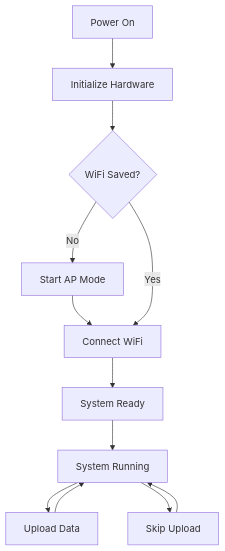
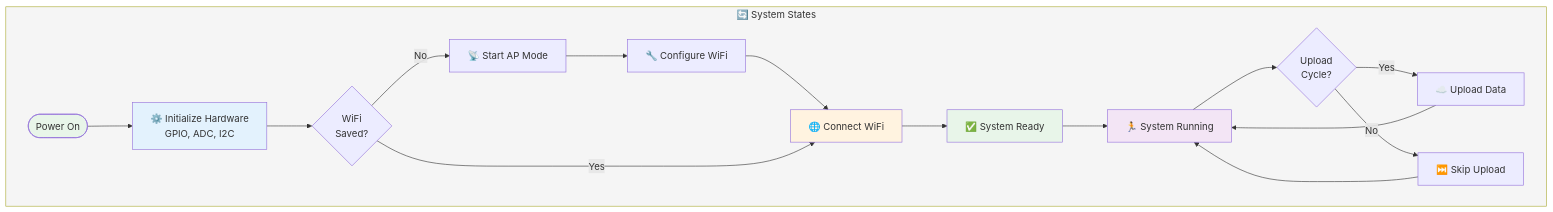
One commit to ficrammanifur/ESP32-RTOS-Environmental-Monitor changed the tenth of 25 diagrams in README.md. Above: the diagram before and after it, drawn with Mermaid. The commit also changed other lines of this file, not shown here.

````diff
--- a/README.md
+++ b/README.md
@@ -460,25 +472,30 @@
 ```mermaid
-flowchart TD
-    POWER["Power On"]
-    INIT["Initialize Hardware"]
-    WIFI_CFG{WiFi Saved?}
-    AP["Start AP Mode"]
-    WIFI["Connect WiFi"]
-    READY["System Ready"]
-    RUN["System Running"]
-    UPLOAD["Upload Data"]
-    SKIP["Skip Upload"]
-
-    POWER --> INIT
-    INIT --> WIFI_CFG
-    WIFI_CFG -->|No| AP
-    AP --> WIFI
-    WIFI_CFG -->|Yes| WIFI
-    WIFI --> READY
-    READY --> RUN
-
-    RUN --> UPLOAD
-    RUN --> SKIP
-    UPLOAD --> RUN
-    SKIP --> RUN
+flowchart TB
+    subgraph STATES["🔄 System States"]
+        POWER(["Power On"]) --> INIT["⚙️ Initialize Hardware<br/>GPIO, ADC, I2C"]
+        INIT --> WIFI_CFG{"WiFi<br/>Saved?"}
+        
+        WIFI_CFG -->|No| AP["📡 Start AP Mode"]
+        AP --> CONFIG["🔧 Configure WiFi"]
+        CONFIG --> WIFI["🌐 Connect WiFi"]
+        
+        WIFI_CFG -->|Yes| WIFI
+        
+        WIFI --> READY["✅ System Ready"]
+        READY --> RUN["🏃 System Running"]
+        
+        RUN --> ACTION{"Upload<br/>Cycle?"}
+        ACTION -->|Yes| UPLOAD["☁️ Upload Data"]
+        ACTION -->|No| SKIP["⏭️ Skip Upload"]
+        
+        UPLOAD --> RUN
+        SKIP --> RUN
+    end
+    
+    style STATES fill:#f5f5f5
+    style POWER fill:#e8f5e9
+    style INIT fill:#e3f2fd
+    style WIFI fill:#fff3e0
+    style READY fill:#e8f5e9
+    style RUN fill:#f3e5f5
 ```
````
